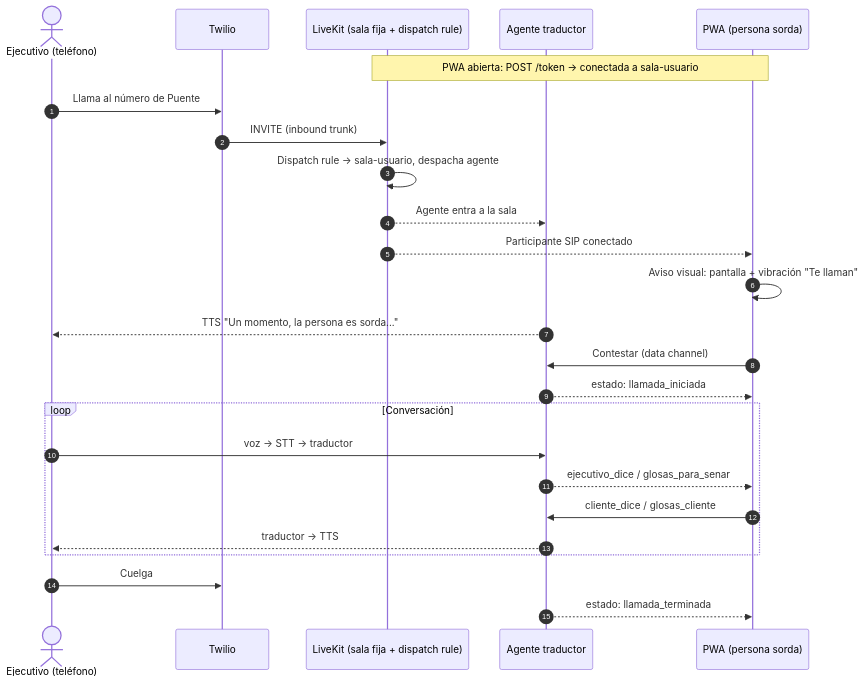
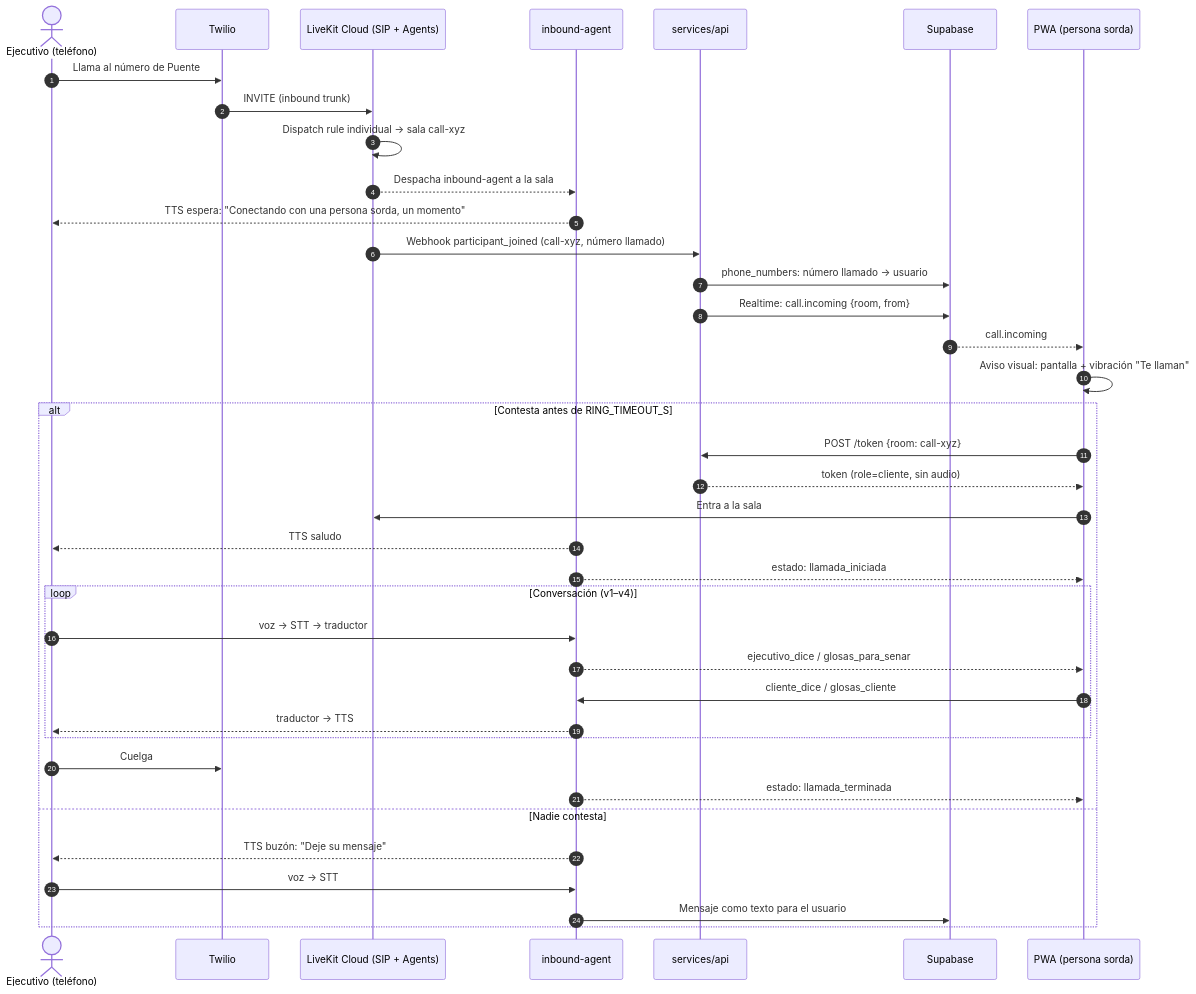
The second of 5 diagrams in docs/ARQUITECTURA.md (platanus-hack/platanus-hack-26-cl-team-12), drawn with Mermaid before and after one commit. The commit also changed other lines of this file and 2 other files, not shown here.

First line of the commit message:
docs: llamada entrante con dispatch rule individual, call.incoming, plan B y recortes de demo

````diff
--- a/docs/ARQUITECTURA.md
+++ b/docs/ARQUITECTURA.md
@@ -117,28 +127,41 @@
 ```mermaid
 sequenceDiagram
     autonumber
     actor Ej as Ejecutivo (teléfono)
     participant Tw as Twilio
-    participant LK as LiveKit (sala fija + dispatch rule)
-    participant Ag as Agente traductor
+    participant LK as LiveKit Cloud (SIP + Agents)
+    participant Ag as inbound-agent
+    participant API as services/api
+    participant SB as Supabase
     participant PWA as PWA (persona sorda)
 
-    Note over PWA,LK: PWA abierta: POST /token → conectada a sala-usuario
     Ej->>Tw: Llama al número de Puente
     Tw->>LK: INVITE (inbound trunk)
-    LK->>LK: Dispatch rule → sala-usuario, despacha agente
-    LK-->>Ag: Agente entra a la sala
-    LK-->>PWA: Participante SIP conectado
+    LK->>LK: Dispatch rule individual → sala call-xyz
+    LK-->>Ag: Despacha inbound-agent a la sala
+    Ag-->>Ej: TTS espera: "Conectando con una persona sorda, un momento"
+    LK->>API: Webhook participant_joined (call-xyz, número llamado)
+    API->>SB: phone_numbers: número llamado → usuario
+    API->>SB: Realtime: call.incoming {room, from}
+    SB-->>PWA: call.incoming
     PWA->>PWA: Aviso visual: pantalla + vibración "Te llaman"
-    Ag-->>Ej: TTS "Un momento, la persona es sorda..."
-    PWA->>Ag: Contestar (data channel)
-    Ag-->>PWA: estado: llamada_iniciada
-    loop Conversación
-        Ej->>Ag: voz → STT → traductor
-        Ag-->>PWA: ejecutivo_dice / glosas_para_senar
-        PWA->>Ag: cliente_dice / glosas_cliente
-        Ag-->>Ej: traductor → TTS
+    alt Contesta antes de RING_TIMEOUT_S
+        PWA->>API: POST /token {room: call-xyz}
+        API-->>PWA: token (role=cliente, sin audio)
+        PWA->>LK: Entra a la sala
+        Ag-->>Ej: TTS saludo
+        Ag-->>PWA: estado: llamada_iniciada
+        loop Conversación (v1–v4)
+            Ej->>Ag: voz → STT → traductor
+            Ag-->>PWA: ejecutivo_dice / glosas_para_senar
+            PWA->>Ag: cliente_dice / glosas_cliente
+            Ag-->>Ej: traductor → TTS
+        end
+        Ej->>Tw: Cuelga
+        Ag-->>PWA: estado: llamada_terminada
+    else Nadie contesta
+        Ag-->>Ej: TTS buzón: "Deje su mensaje"
+        Ej->>Ag: voz → STT
+        Ag->>SB: Mensaje como texto para el usuario
     end
-    Ej->>Tw: Cuelga
-    Ag-->>PWA: estado: llamada_terminada
 ```
````
